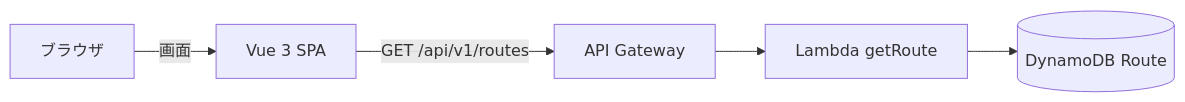
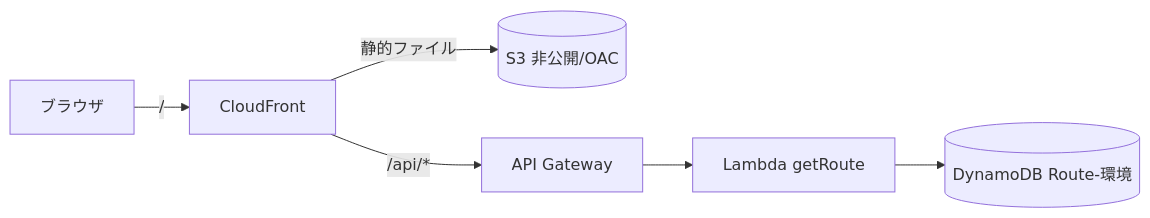
One commit to zbs-nexus/michishiru_app changed the first of 5 diagrams in docs/設計書.md. Above: the diagram before and after it, drawn with Mermaid. The commit also changed other lines of this file, not shown here.

````diff
--- a/docs/設計書.md
+++ b/docs/設計書.md
@@ -14,7 +19,8 @@
 ```mermaid
 flowchart LR
-    U[ブラウザ] -->|画面| V[Vue 3 SPA]
-    V -->|GET /api/v1/routes| G[API Gateway]
+    U[ブラウザ] -->|/| CF[CloudFront]
+    CF -->|静的ファイル| S3[(S3 非公開/OAC)]
+    CF -->|/api/*| G[API Gateway]
     G --> H[Lambda getRoute]
-    H --> D[(DynamoDB Route)]
+    H --> D[(DynamoDB Route-環境)]
 ```
````
